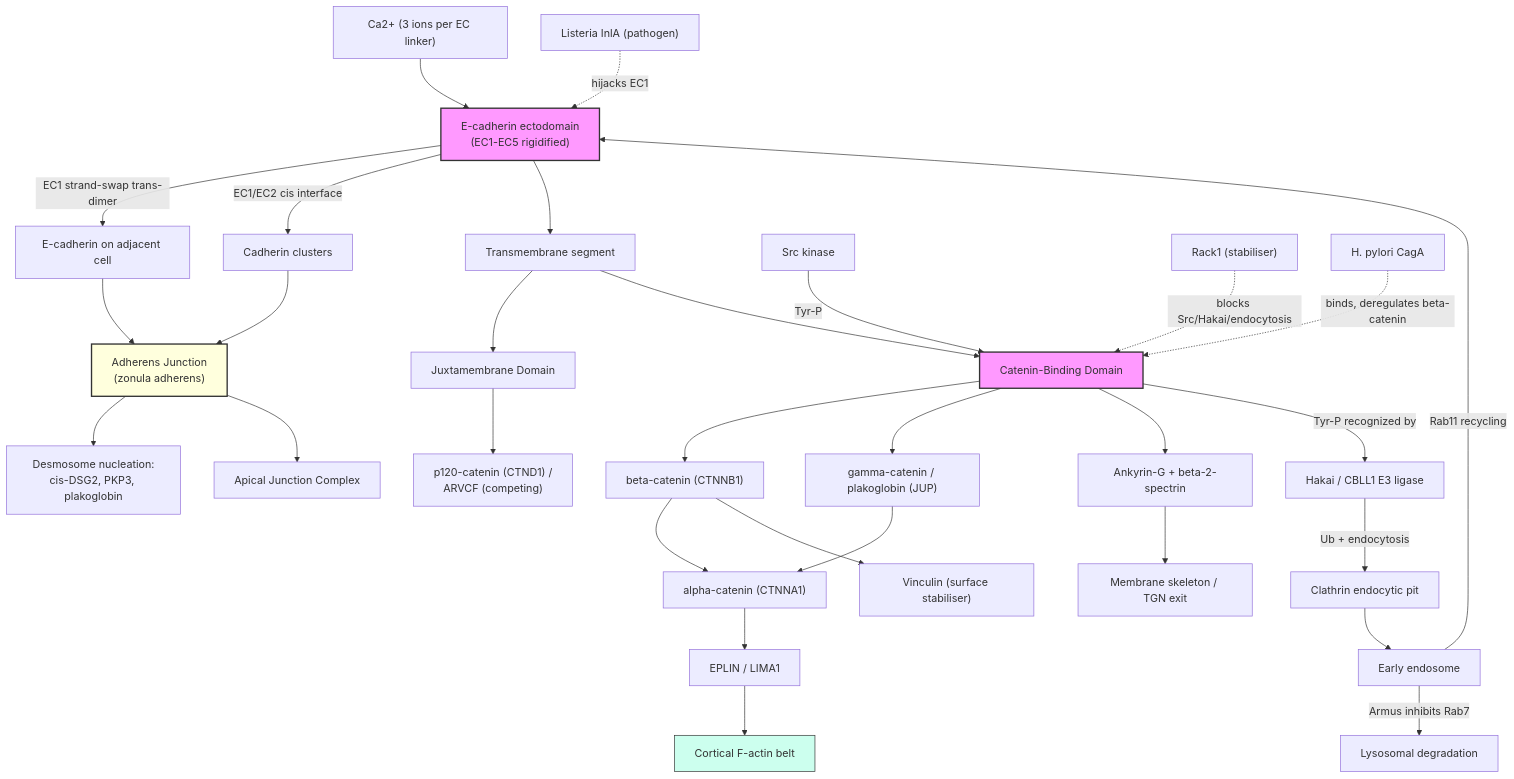
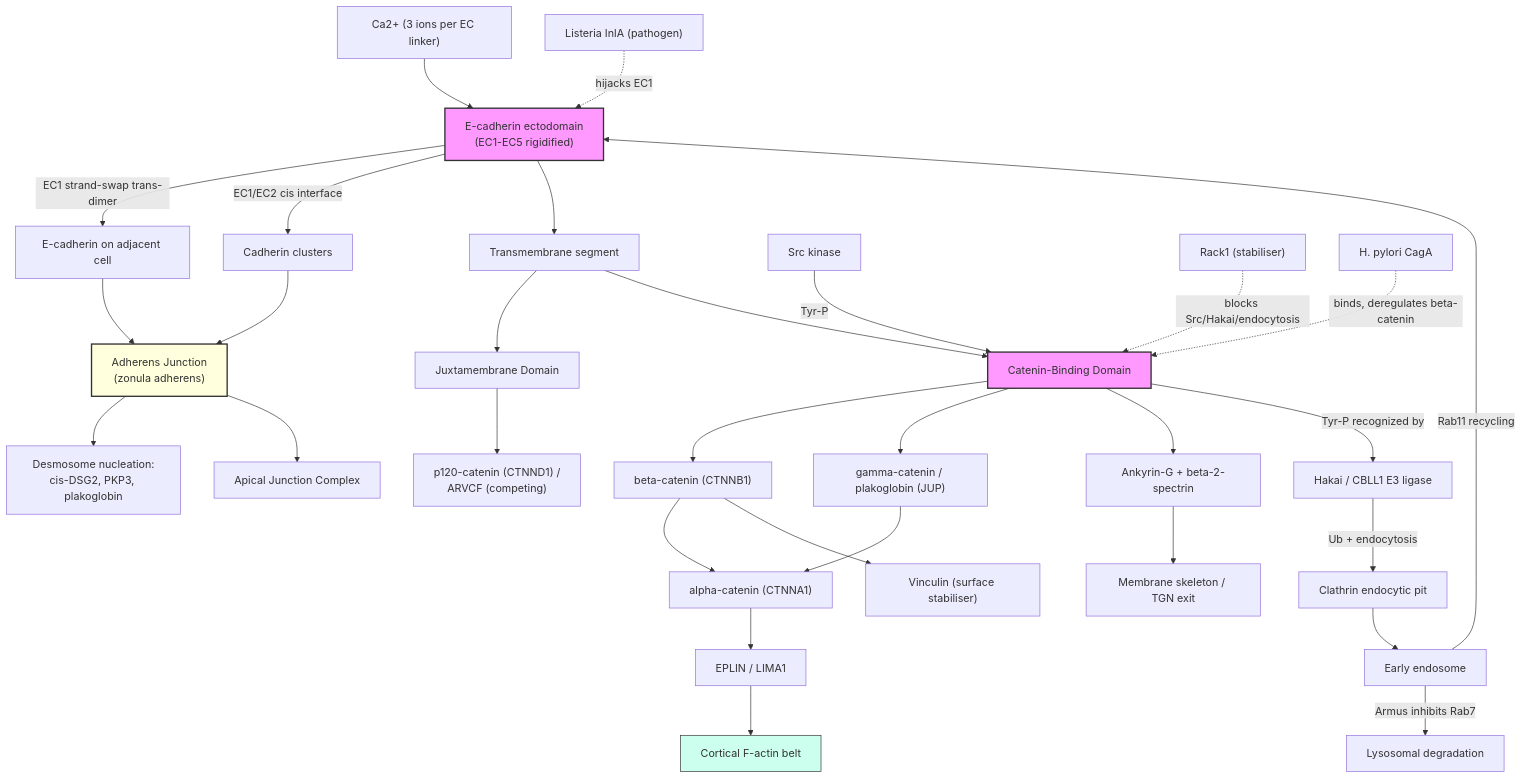
Before and after one commit to ai4curation/ai-gene-review: the diagram in genes/human/CDH1/CDH1-pathway.md, drawn with Mermaid. The commit also changed other lines of this file, not shown here.

````diff
--- a/genes/human/CDH1/CDH1-pathway.md
+++ b/genes/human/CDH1/CDH1-pathway.md
@@ -22,44 +22,44 @@
 ```mermaid
 graph TD
     Ca["Ca2+ (3 ions per EC linker)"] --> EC["E-cadherin ectodomain<br/>(EC1-EC5 rigidified)"]
     EC -->|"EC1 strand-swap trans-dimer"| EC2["E-cadherin on adjacent cell"]
     EC -->|"EC1/EC2 cis interface"| CL["Cadherin clusters"]
 
     EC2 --> AJ["Adherens Junction<br/>(zonula adherens)"]
     CL --> AJ
 
     EC --> TM["Transmembrane segment"]
     TM --> JMD["Juxtamembrane Domain"]
     TM --> CBD["Catenin-Binding Domain"]
 
-    JMD --> p120["p120-catenin (CTND1) /<br/>ARVCF (competing)"]
+    JMD --> p120["p120-catenin (CTNND1) /<br/>ARVCF (competing)"]
     CBD --> bcat["beta-catenin (CTNNB1)"]
     CBD --> gcat["gamma-catenin / plakoglobin (JUP)"]
 
     bcat --> acat["alpha-catenin (CTNNA1)"]
     gcat --> acat
     acat --> EPLIN["EPLIN / LIMA1"]
     EPLIN --> ACT["Cortical F-actin belt"]
     bcat --> VINC["Vinculin (surface stabiliser)"]
     CBD --> ANK["Ankyrin-G + beta-2-spectrin"]
     ANK --> MS["Membrane skeleton / TGN exit"]
 
     AJ --> DSM["Desmosome nucleation:<br/>cis-DSG2, PKP3, plakoglobin"]
     AJ --> APC["Apical Junction Complex"]
 
     SRC["Src kinase"] -->|"Tyr-P"| CBD
     CBD -->|"Tyr-P recognized by"| HAK["Hakai / CBLL1 E3 ligase"]
     HAK -->|"Ub + endocytosis"| ENDO["Clathrin endocytic pit"]
     ENDO --> EE["Early endosome"]
     EE -->|"Rab11 recycling"| EC
     EE -->|"Armus inhibits Rab7"| LYS["Lysosomal degradation"]
     RACK1["Rack1 (stabiliser)"] -.->|"blocks Src/Hakai/endocytosis"| CBD
 
     INLA["Listeria InlA (pathogen)"] -.->|"hijacks EC1"| EC
     CAGA["H. pylori CagA"] -.->|"binds, deregulates beta-catenin"| CBD
 
     style EC fill:#f9f,stroke:#333,stroke-width:2px
     style AJ fill:#ffd,stroke:#333,stroke-width:2px
     style CBD fill:#f9f,stroke:#333,stroke-width:2px
     style ACT fill:#cfe,stroke:#333,stroke-width:1px
 ```
````
